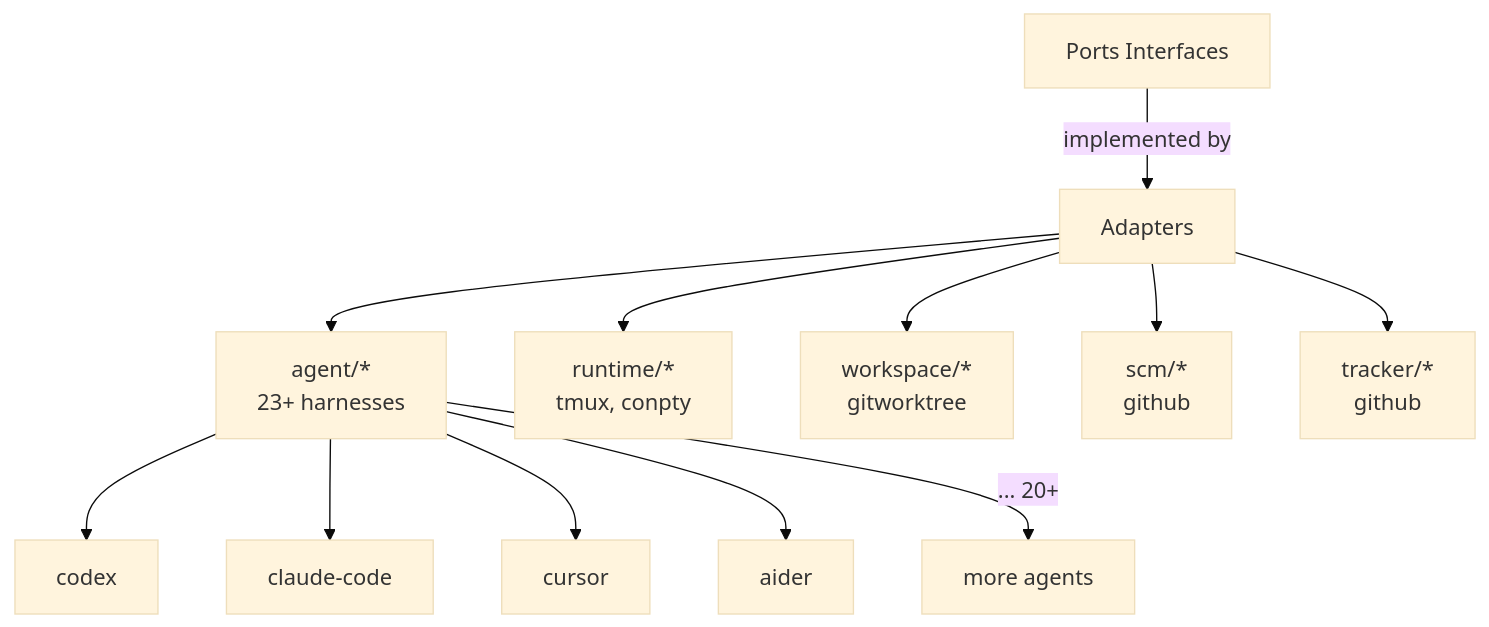
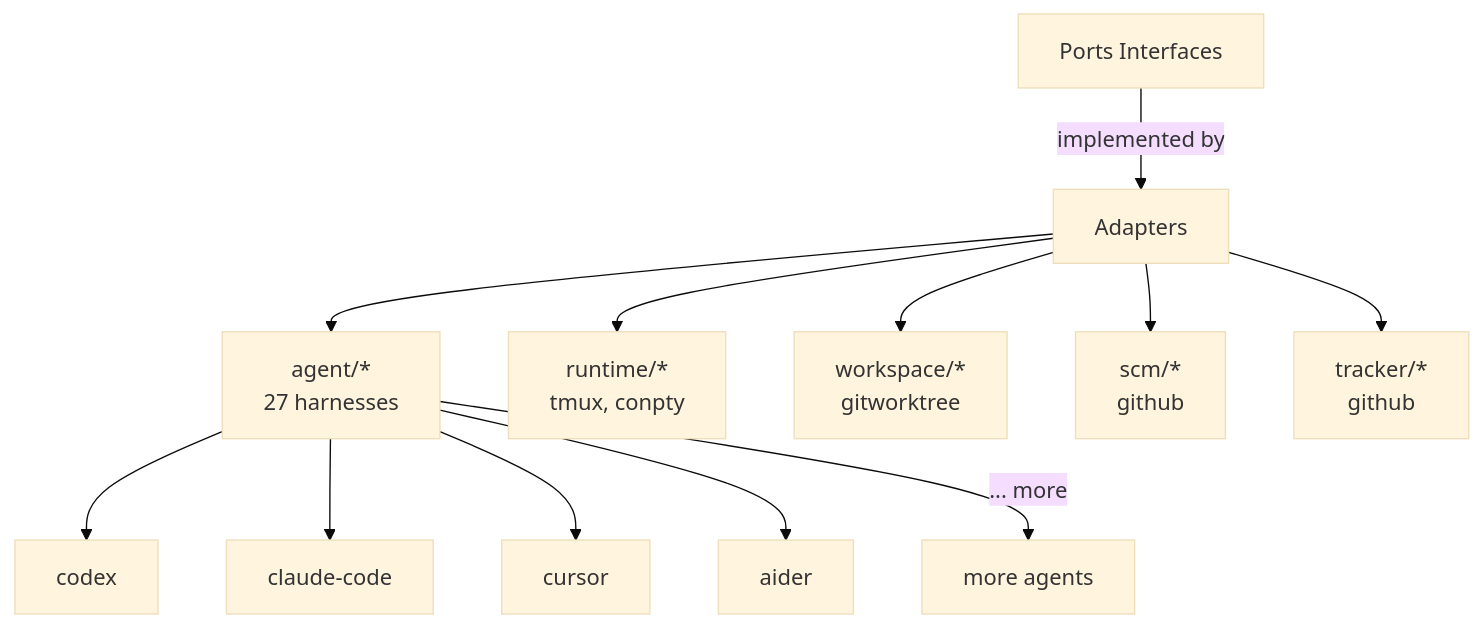
Before and after one commit to ercs-second-brain/agent-orchestrator: diagram 16 of 23 in docs/backend-code-structure.md, drawn with Mermaid (base theme). The commit also changed other lines of this file and 35 other files, not shown here.

````diff
--- a/docs/backend-code-structure.md
+++ b/docs/backend-code-structure.md
@@ -599,17 +613,17 @@
 ```mermaid
 graph TD
     Ports[Ports Interfaces] -->|implemented by| Adapters[Adapters]
 
-    Adapters --> Agent[agent/*<br/>23+ harnesses]
+    Adapters --> Agent[agent/*<br/>27 harnesses]
     Adapters --> Runtime[runtime/*<br/>tmux, conpty]
     Adapters --> Workspace[workspace/*<br/>gitworktree]
     Adapters --> SCM[scm/*<br/>github]
     Adapters --> Tracker[tracker/*<br/>github]
 
     Agent --> Codex[codex]
     Agent --> Claude[claude-code]
     Agent --> Cursor[cursor]
     Agent --> Aider[aider]
-    Agent -->|... 20+| More[more agents]
+    Agent -->|... more| More[more agents]
 
 ```
````
